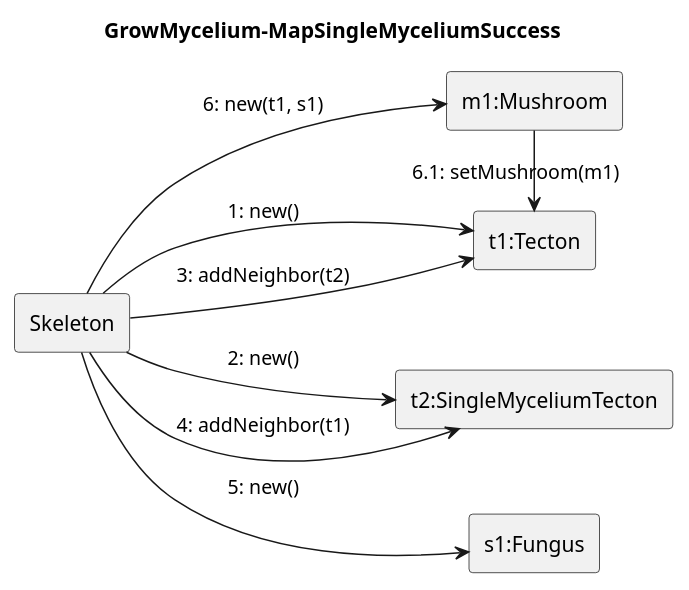
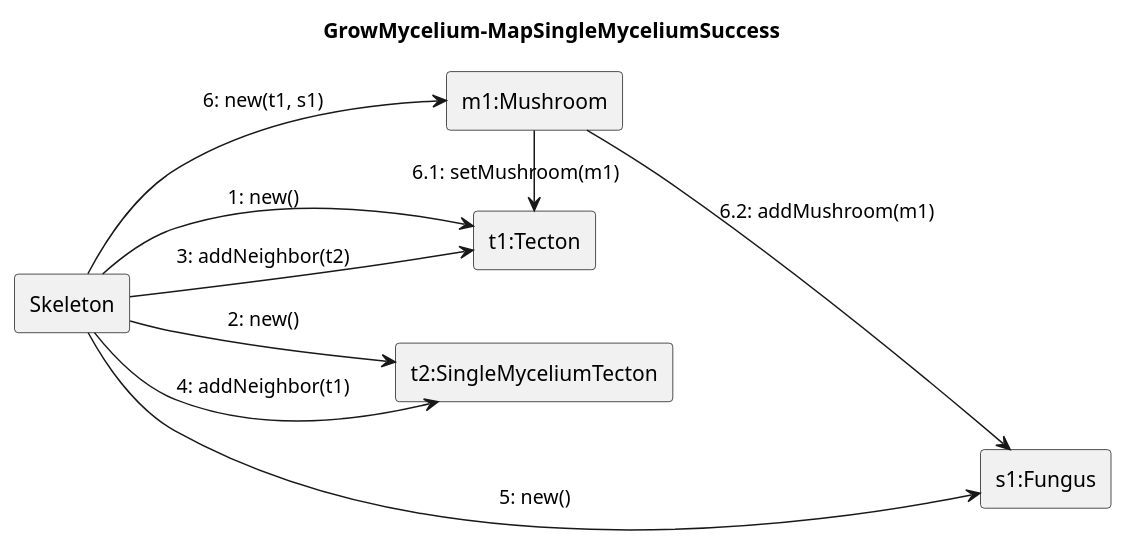
One commit to ZD4ve/projlab-error521 changed the diagram in Skeleton/Grow-mycelium/map-singlemycelium-success.pu. Above: the diagram before and after it, drawn with PlantUML. The commit also changed 7 other files, not shown here.

```diff
--- a/Skeleton/Grow-mycelium/map-singlemycelium-success.pu
+++ b/Skeleton/Grow-mycelium/map-singlemycelium-success.pu
@@ -1,20 +1,21 @@
 @startuml Grow-mycelium/map-singlemycelium-success
 left to right direction
 title GrowMycelium-MapSingleMyceliumSuccess
 
 rectangle Skeleton
 
 rectangle "t1:Tecton" as t1
 rectangle "t2:SingleMyceliumTecton" as t2
 rectangle "s1:Fungus" as s1
 rectangle "m1:Mushroom" as m1
 
 Skeleton --> t1: 1: new()
 Skeleton --> t2: 2: new()
 Skeleton --> t1: 3: addNeighbor(t2)
 Skeleton --> t2: 4: addNeighbor(t1)
 Skeleton --> s1: 5: new()
 Skeleton --> m1: 6: new(t1, s1)
 m1 -> t1 : 6.1: setMushroom(m1)
+m1 --> s1 : 6.2: addMushroom(m1)
 
 @enduml
```
